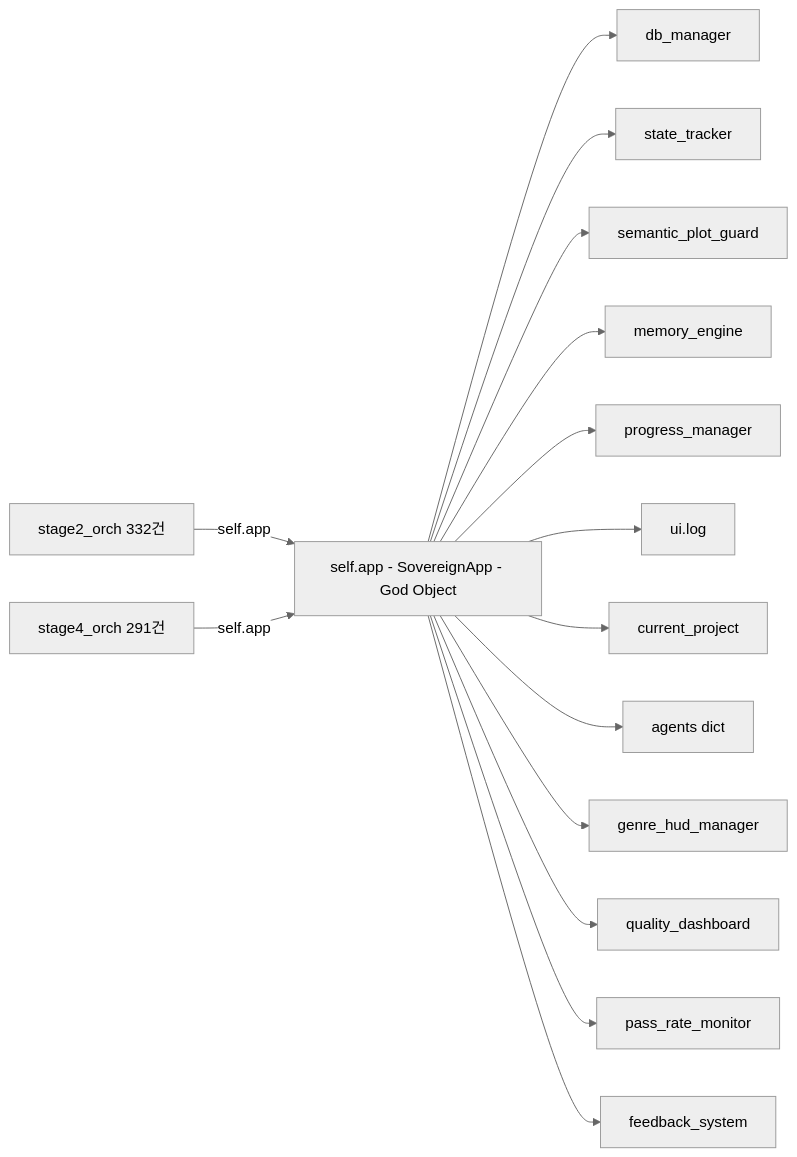
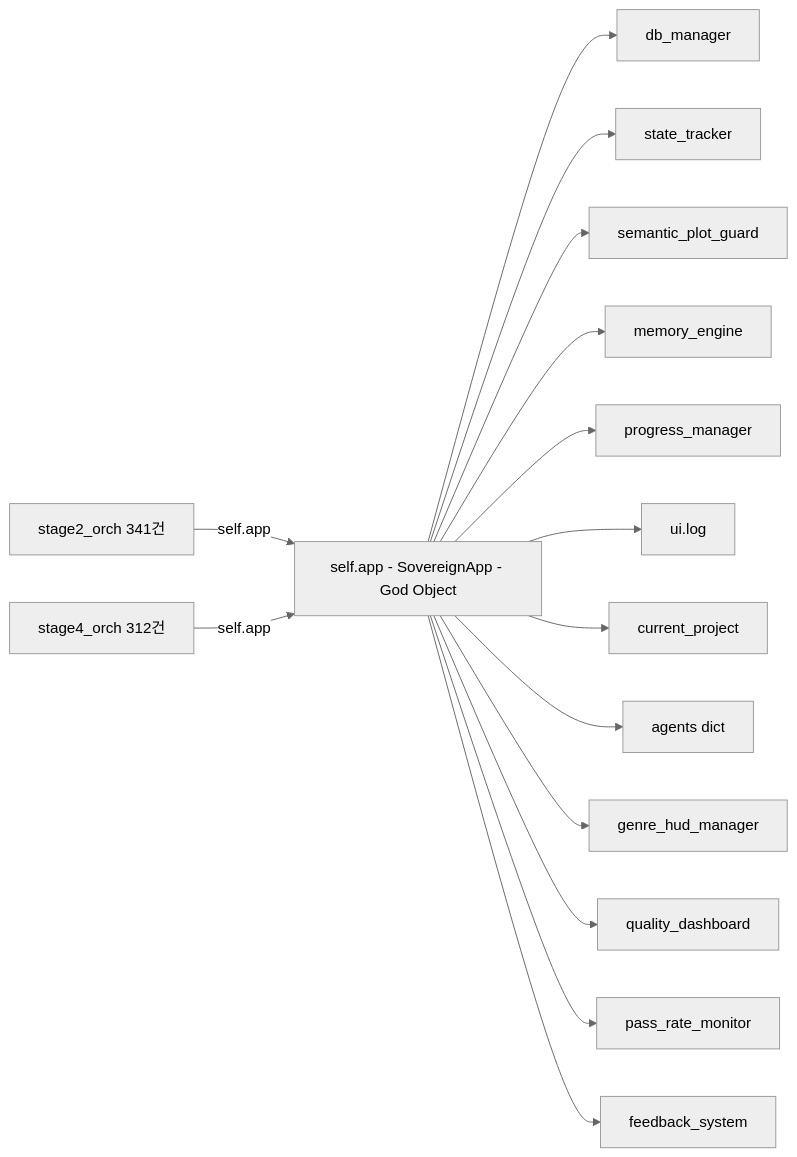
One commit to temppppppppppppppppppppppp/devdev changed the third of 5 diagrams in 참고자료.md. Above: the diagram before and after it, drawn with Mermaid (neutral theme). The commit also changed other lines of this file and 6446 other files, not shown here.

````diff
--- a/참고자료.md
+++ b/참고자료.md
@@ -142,20 +142,20 @@
 ```mermaid
 graph LR
     APP["self.app - SovereignApp - God Object"]
 
     APP --> DB["db_manager"]
     APP --> ST["state_tracker"]
     APP --> SPG["semantic_plot_guard"]
     APP --> ME["memory_engine"]
     APP --> PR["progress_manager"]
     APP --> UILOG["ui.log"]
     APP --> PROJ["current_project"]
     APP --> AGENTS["agents dict"]
     APP --> GHM["genre_hud_manager"]
     APP --> QD["quality_dashboard"]
     APP --> PRM["pass_rate_monitor"]
     APP --> FB["feedback_system"]
 
-    S2["stage2_orch 332건"] -->|"self.app"| APP
-    S4["stage4_orch 291건"] -->|"self.app"| APP
+    S2["stage2_orch 341건"] -->|"self.app"| APP
+    S4["stage4_orch 312건"] -->|"self.app"| APP
 ```
````
